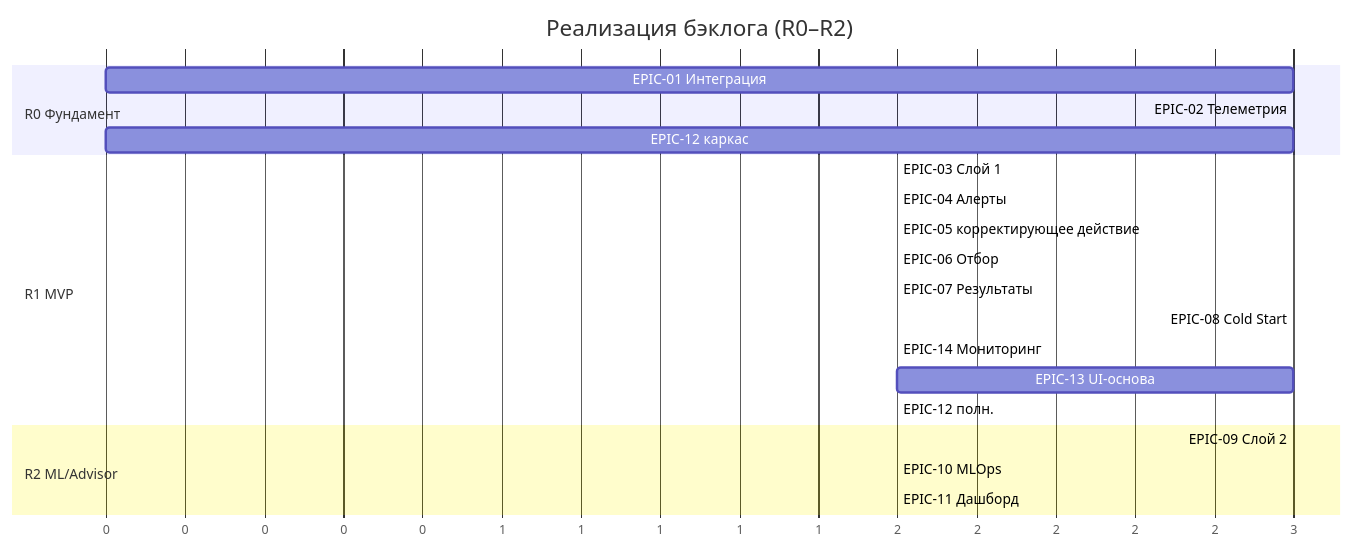
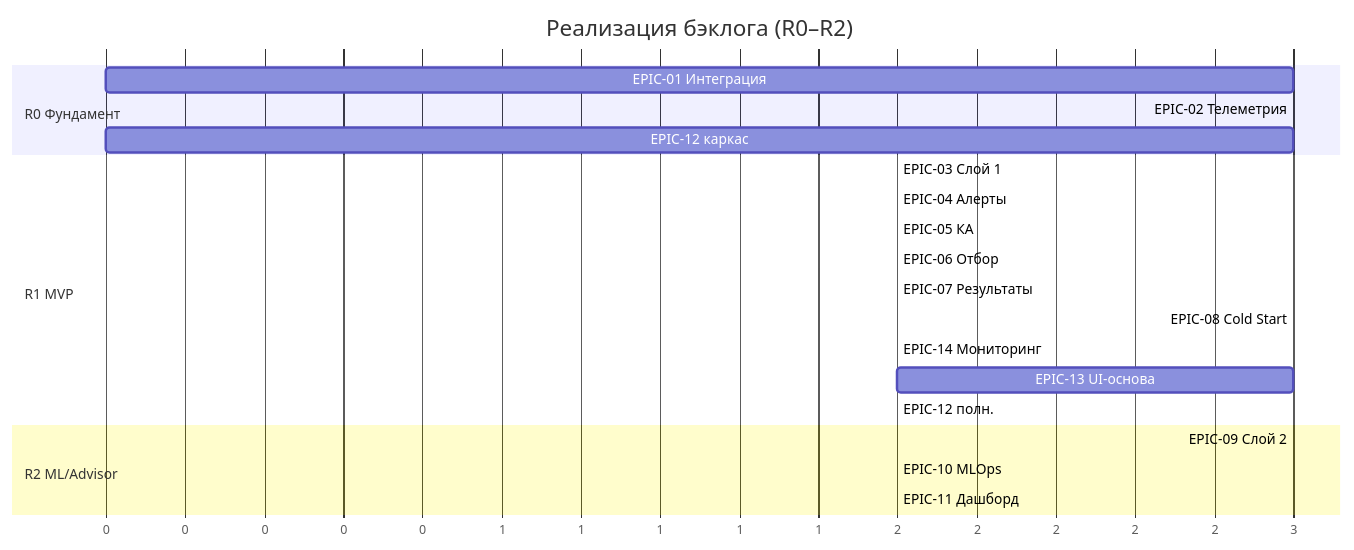
One commit to igorvolk1961/water_checker changed the diagram in docs/system_analysis/plans/backlog_implementation_plan.md. Above: the diagram before and after it, drawn with Mermaid. The commit also changed other lines of this file and 16 other files, not shown here.

````diff
--- a/docs/system_analysis/plans/backlog_implementation_plan.md
+++ b/docs/system_analysis/plans/backlog_implementation_plan.md
@@ -195,24 +81,24 @@
 ```mermaid
 gantt
     title Реализация бэклога (R0–R2)
     dateFormat X
     axisFormat %s
     section R0 Фундамент
     EPIC-01 Интеграция      :e1, 0, 3
     EPIC-02 Телеметрия      :e2, after e1, 3
     EPIC-12 каркас          :e12a, 0, 3
     section R1 MVP
     EPIC-03 Слой 1          :e3, after e2, 2
     EPIC-04 Алерты          :e4, after e3, 2
-    EPIC-05 корректирующее действие              :e5, after e4, 2
+    EPIC-05 КА              :e5, after e4, 2
     EPIC-06 Отбор           :e6, after e4, 2
     EPIC-07 Результаты      :e7, after e1, 2
     EPIC-08 Cold Start      :e8, after e2, 3
     EPIC-14 Мониторинг      :e14, after e2, 2
     EPIC-13 UI-основа       :e13, after e4, 3
     EPIC-12 полн.          :e12, after e8, 2
     section R2 ML/Advisor
     EPIC-09 Слой 2          :e9, after e8, 3
     EPIC-10 MLOps           :e10, after e9, 2
     EPIC-11 Дашборд         :e11, after e9, 2
 ```
````
